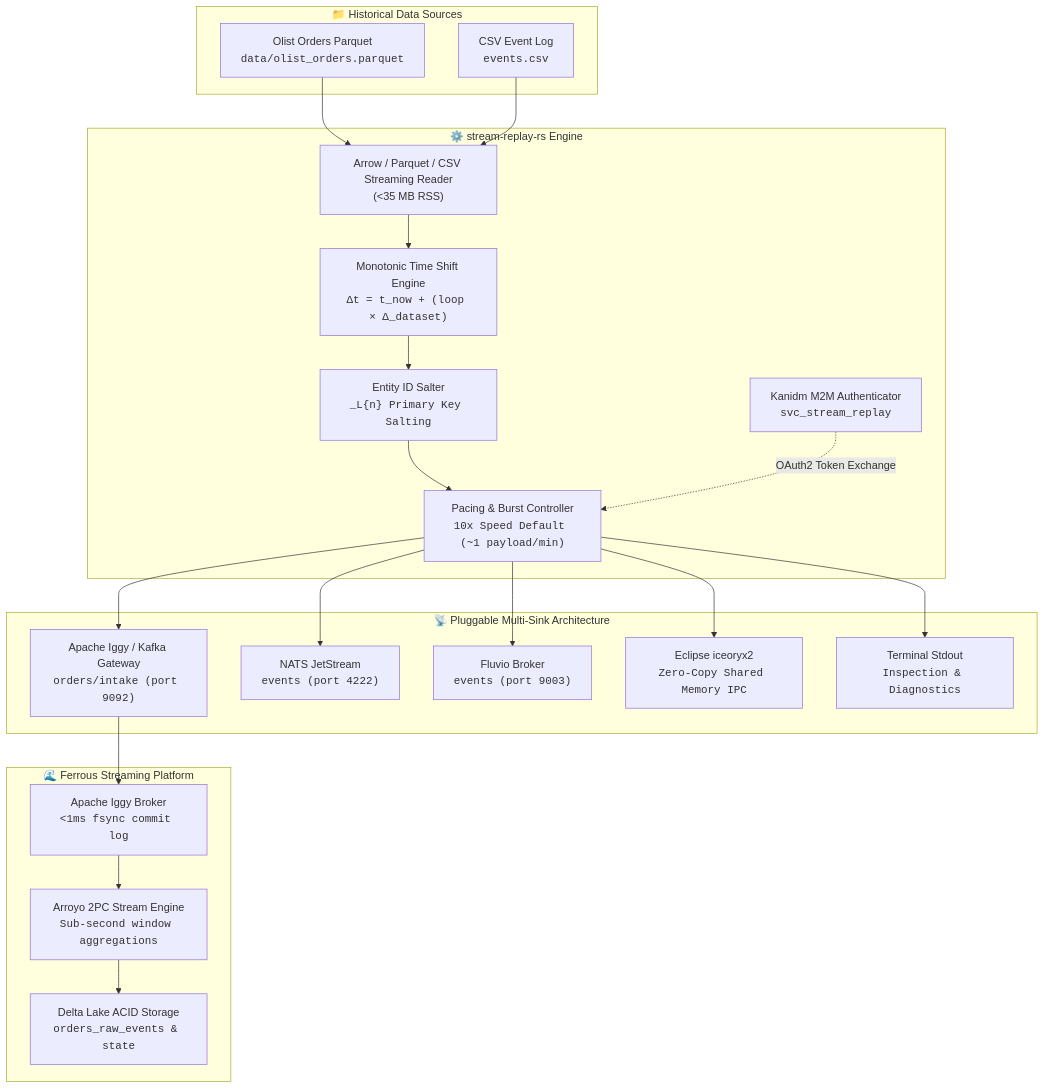
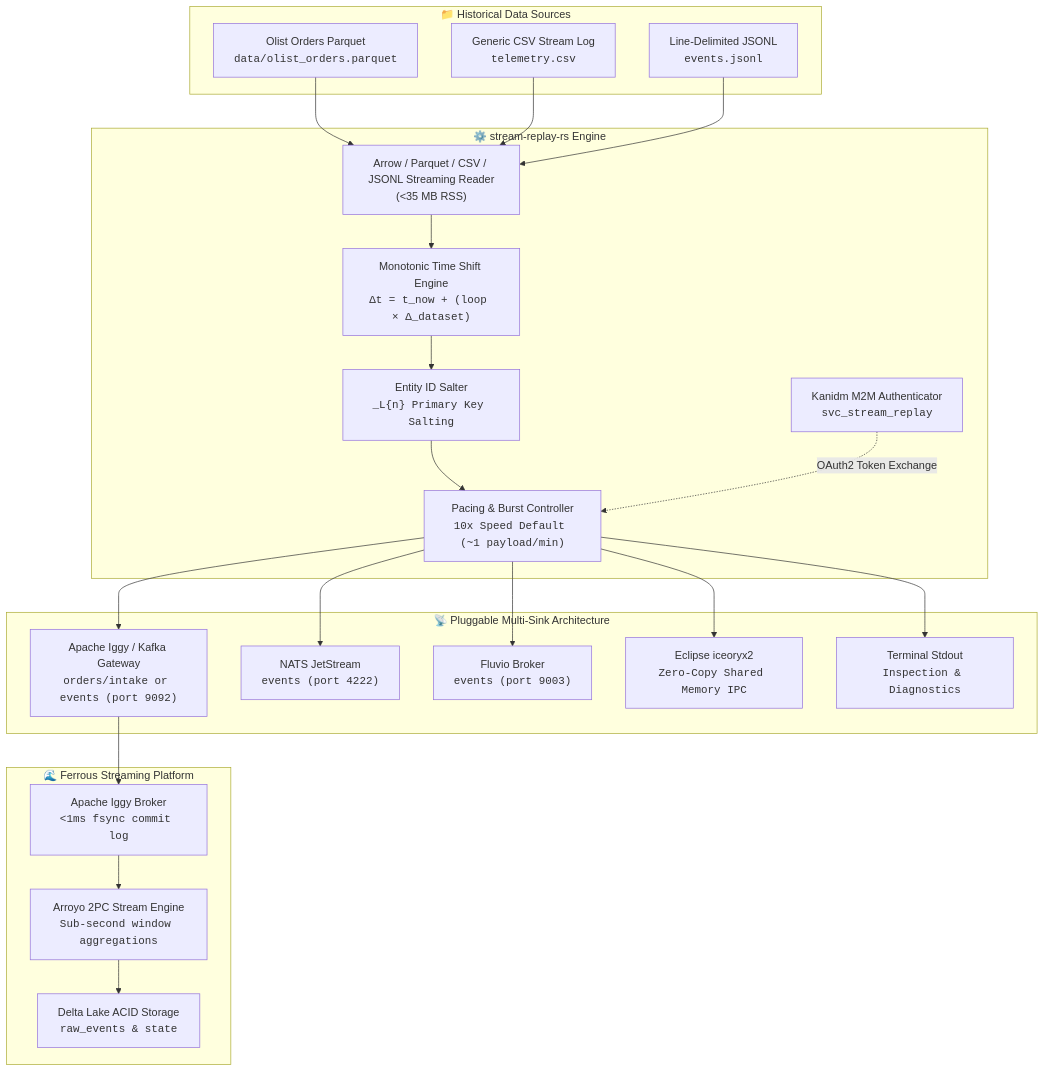
One commit to reidlai/stream-replay-rs changed the diagram in README.md. Above: the diagram before and after it, drawn with Mermaid. The commit also changed other lines of this file and 3 other files, not shown here.

Commit message:
feat(reader): add JSONL support; docs: generic topology and published streaming benchmarks

````diff
--- a/README.md
+++ b/README.md
@@ -16,46 +16,48 @@
 ```mermaid
 flowchart TD
     subgraph Data Sources ["📁 Historical Data Sources"]
-        Parquet["Olist Orders Parquet<br/><code>data/olist_orders.parquet</code>"]
-        CSV["CSV Event Log<br/><code>events.csv</code>"]
+        OlistParquet["Olist Orders Parquet<br/><code>data/olist_orders.parquet</code>"]
+        GenericCSV["Generic CSV Stream Log<br/><code>telemetry.csv</code>"]
+        GenericJSONL["Line-Delimited JSONL<br/><code>events.jsonl</code>"]
     end
 
     subgraph Core Engine ["⚙️ stream-replay-rs Engine"]
-        Reader["Arrow / Parquet / CSV Streaming Reader<br/>(&lt;35 MB RSS)"]
+        Reader["Arrow / Parquet / CSV / JSONL Streaming Reader<br/>(&lt;35 MB RSS)"]
         TimeEngine["Monotonic Time Shift Engine<br/><code>Δt = t_now + (loop × Δ_dataset)</code>"]
         Salter["Entity ID Salter<br/><code>_L{n} Primary Key Salting</code>"]
         RatePacer["Pacing &amp; Burst Controller<br/><code>10x Speed Default (~1 payload/min)</code>"]
         Auth["Kanidm M2M Authenticator<br/><code>svc_stream_replay</code>"]
     end
 
     subgraph Pluggable Sinks ["📡 Pluggable Multi-Sink Architecture"]
-        KafkaSink["Apache Iggy / Kafka Gateway<br/><code>orders/intake (port 9092)</code>"]
+        KafkaSink["Apache Iggy / Kafka Gateway<br/><code>orders/intake or events (port 9092)</code>"]
         NATSSink["NATS JetStream<br/><code>events (port 4222)</code>"]
         FluvioSink["Fluvio Broker<br/><code>events (port 9003)</code>"]
         IceoryxSink["Eclipse iceoryx2<br/><code>Zero-Copy Shared Memory IPC</code>"]
         StdoutSink["Terminal Stdout<br/><code>Inspection &amp; Diagnostics</code>"]
     end
 
     subgraph Downstream Ecosystem ["🌊 Ferrous Streaming Platform"]
         IggyBroker["Apache Iggy Broker<br/><code>&lt;1ms fsync commit log</code>"]
         Arroyo["Arroyo 2PC Stream Engine<br/><code>Sub-second window aggregations</code>"]
-        DeltaLake["Delta Lake ACID Storage<br/><code>orders_raw_events &amp; state</code>"]
+        DeltaLake["Delta Lake ACID Storage<br/><code>raw_events &amp; state</code>"]
     end
 
-    Parquet --> Reader
-    CSV --> Reader
+    OlistParquet --> Reader
+    GenericCSV --> Reader
+    GenericJSONL --> Reader
     Reader --> TimeEngine
     TimeEngine --> Salter
     Salter --> RatePacer
     Auth -.->|"OAuth2 Token Exchange"| RatePacer
 
     RatePacer --> KafkaSink
     RatePacer --> NATSSink
     RatePacer --> FluvioSink
     RatePacer --> IceoryxSink
     RatePacer --> StdoutSink
 
     KafkaSink --> IggyBroker
     IggyBroker --> Arroyo
     Arroyo --> DeltaLake
 ```
````
